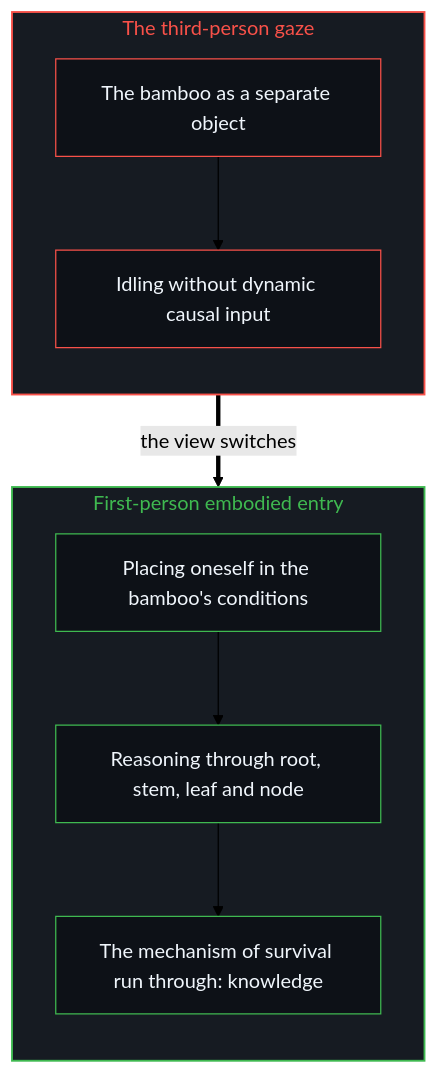
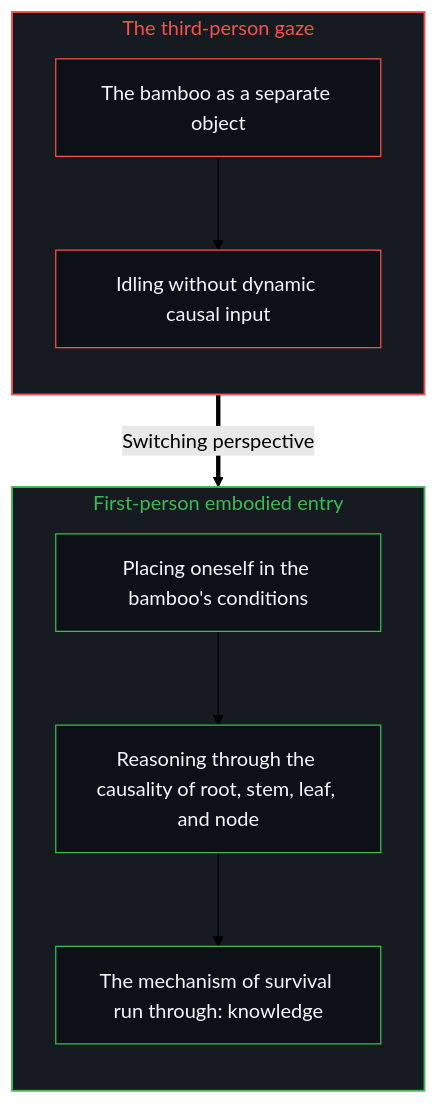
The second of 2 diagrams in content/posts/ge-wu-zhi-zhi-yu-xin-xi-fu-za-du-de-ben-zhi.md (powerpig99/not-a-toe), drawn with Mermaid (forest theme) before and after one commit. The commit also changed other lines of this file and 6 other files, not shown here.

````diff
--- a/content/posts/ge-wu-zhi-zhi-yu-xin-xi-fu-za-du-de-ben-zhi.md
+++ b/content/posts/ge-wu-zhi-zhi-yu-xin-xi-fu-za-du-de-ben-zhi.md
@@ -55,25 +55,25 @@
 ```mermaid
 flowchart TD
     subgraph S_Gaze["The third-person gaze"]
         direction TB
         G1["The bamboo as a separate object"]
         G2["Idling without dynamic causal input"]
     end
     subgraph S_Enter["First-person embodied entry"]
         direction TB
         E1["Placing oneself in the bamboo's conditions"]
-        E2["Reasoning through root, stem, leaf and node"]
+        E2["Reasoning through the causality of root, stem, leaf, and node"]
         E3["The mechanism of survival run through: knowledge"]
     end
     G1 --> G2
-    G2 ==>|"the view switches"| E1
+    G2 ==>|"Switching perspective"| E1
     E1 --> E2
     E2 --> E3
     style S_Gaze fill:#161b22,stroke:#f85149,stroke-width:1.5px,color:#f85149
     style S_Enter fill:#161b22,stroke:#3fb950,stroke-width:1.5px,color:#3fb950
     style G1 fill:#0d1117,stroke:#f85149,stroke-width:1px,color:#f0f6fc
     style G2 fill:#0d1117,stroke:#f85149,stroke-width:1px,color:#f0f6fc
     style E1 fill:#0d1117,stroke:#3fb950,stroke-width:1px,color:#f0f6fc
     style E2 fill:#0d1117,stroke:#3fb950,stroke-width:1px,color:#f0f6fc
     style E3 fill:#0d1117,stroke:#3fb950,stroke-width:1px,color:#f0f6fc
 ```
````
